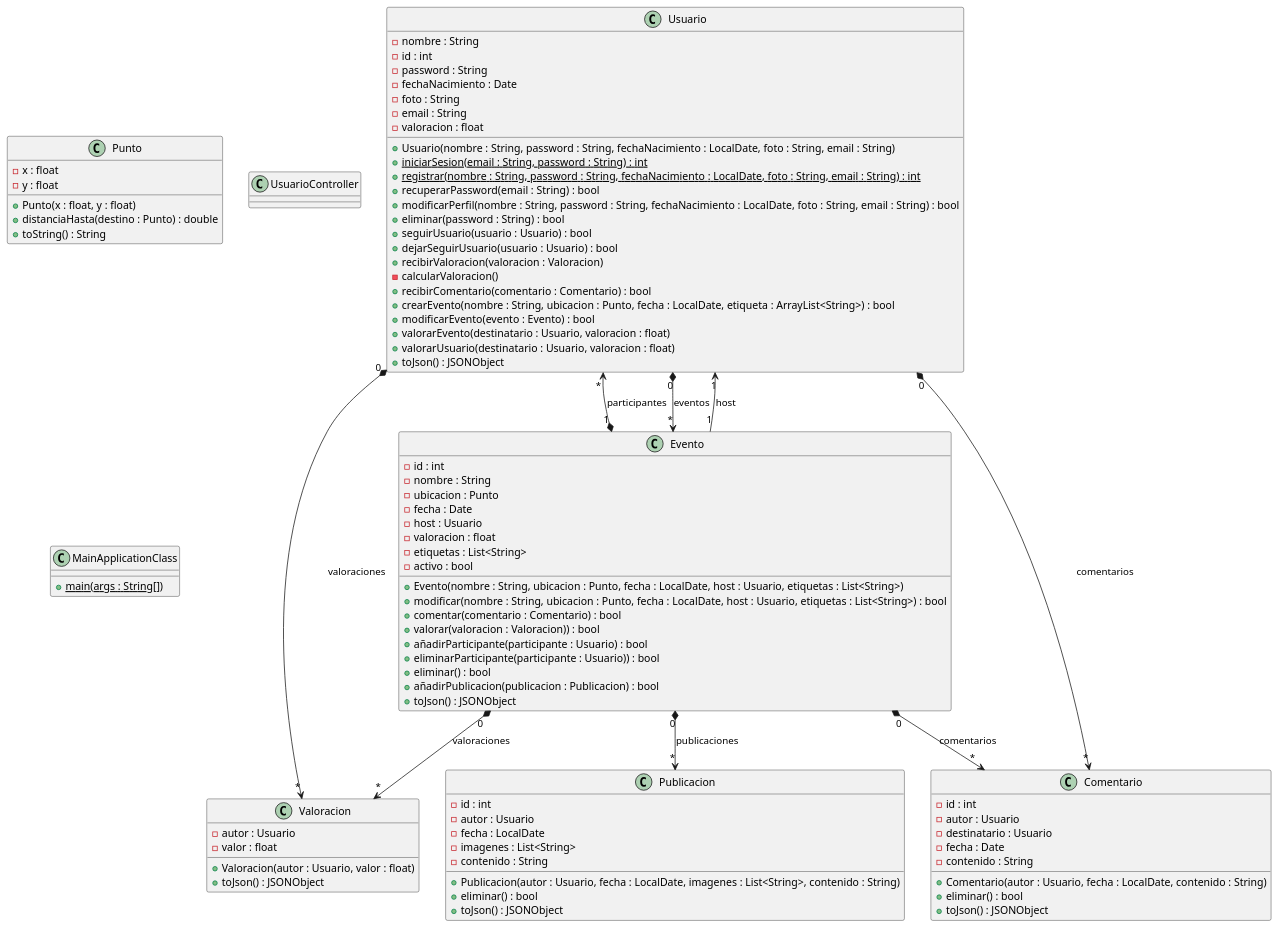
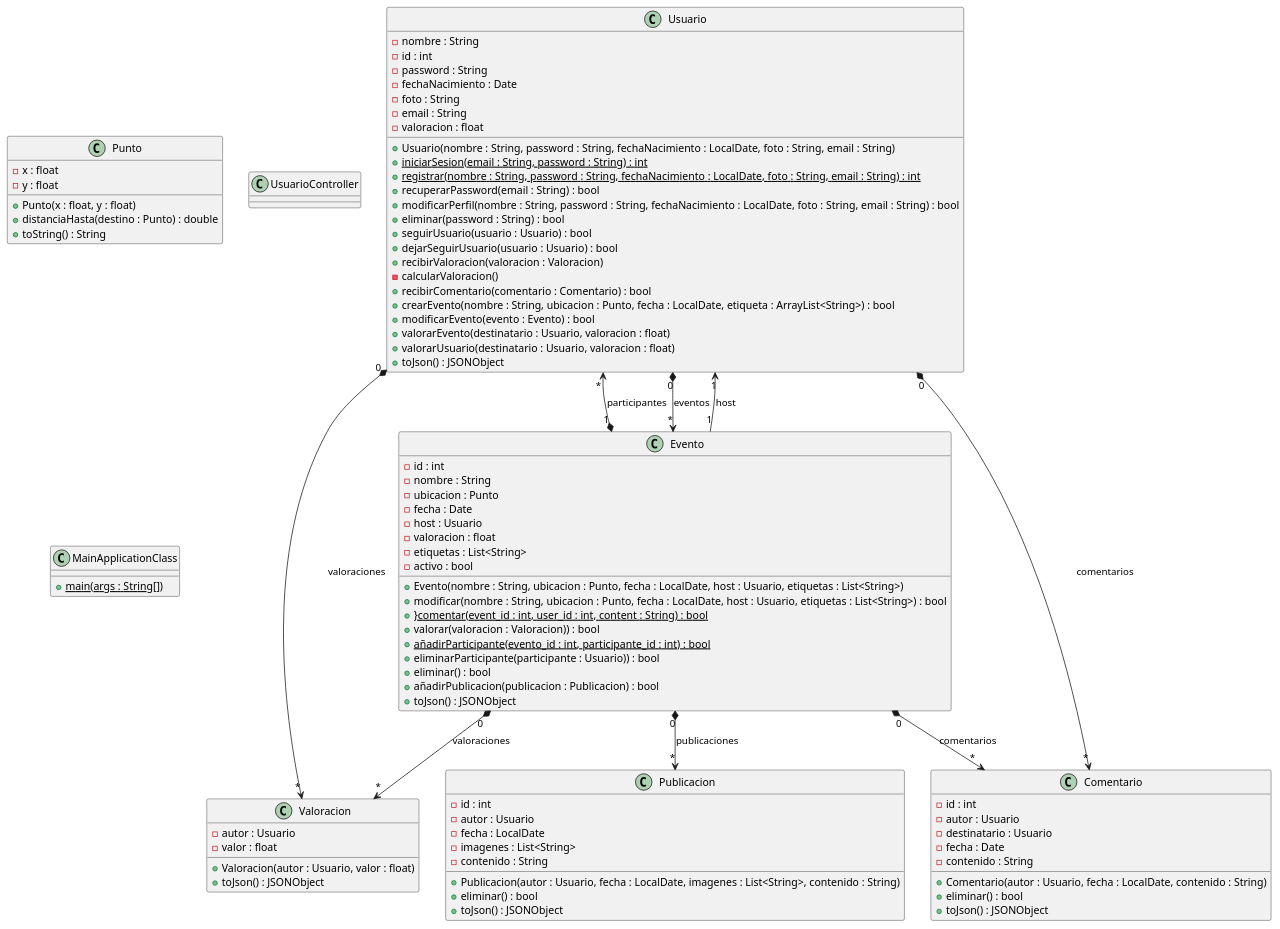
Before and after one commit to prieetoo/FindMyParty: the diagram in backend/Diagramas/Diagrama clases.puml, drawn with PlantUML. The commit also changed 3 other files, not shown here.

Commit message:
Comentar evento hecho

```diff
--- a/backend/Diagramas/Diagrama clases.puml
+++ b/backend/Diagramas/Diagrama clases.puml
@@ -1,101 +1,101 @@
 @startuml
 class Usuario {
   - nombre : String
   - id : int
   - password : String
   - fechaNacimiento : Date
   - foto : String
   - email : String
   - valoracion : float
   + Usuario(nombre : String, password : String, fechaNacimiento : LocalDate, foto : String, email : String)
   + {static} iniciarSesion(email : String, password : String) : int
   + {static} registrar(nombre : String, password : String, fechaNacimiento : LocalDate, foto : String, email : String) : int
   + recuperarPassword(email : String) : bool
   + modificarPerfil(nombre : String, password : String, fechaNacimiento : LocalDate, foto : String, email : String) : bool
   + eliminar(password : String) : bool
   + seguirUsuario(usuario : Usuario) : bool
   + dejarSeguirUsuario(usuario : Usuario) : bool
   + recibirValoracion(valoracion : Valoracion)
   - calcularValoracion()
   + recibirComentario(comentario : Comentario) : bool
   + crearEvento(nombre : String, ubicacion : Punto, fecha : LocalDate, etiqueta : ArrayList<String>) : bool
   + modificarEvento(evento : Evento) : bool
   + valorarEvento(destinatario : Usuario, valoracion : float)
   + valorarUsuario(destinatario : Usuario, valoracion : float)
   + toJson() : JSONObject
 }
 
 class Evento {
   - id : int
   - nombre : String
   - ubicacion : Punto
   - fecha : Date
   - host : Usuario
   - valoracion : float
   - etiquetas : List<String>
   - activo : bool
   + Evento(nombre : String, ubicacion : Punto, fecha : LocalDate, host : Usuario, etiquetas : List<String>)
   + modificar(nombre : String, ubicacion : Punto, fecha : LocalDate, host : Usuario, etiquetas : List<String>) : bool
-  + comentar(comentario : Comentario) : bool
+  + {static} }comentar(event_id : int, user_id : int, content : String) : bool
   + valorar(valoracion : Valoracion)) : bool
-  + añadirParticipante(participante : Usuario) : bool
+  + {static} añadirParticipante(evento_id : int, participante_id : int) : bool
   + eliminarParticipante(participante : Usuario)) : bool
   + eliminar() : bool
   + añadirPublicacion(publicacion : Publicacion) : bool
   + toJson() : JSONObject
 }
 
 class Publicacion {
   - id : int
   - autor : Usuario
   - fecha : LocalDate
   - imagenes : List<String>
   - contenido : String
   + Publicacion(autor : Usuario, fecha : LocalDate, imagenes : List<String>, contenido : String)
   + eliminar() : bool
   + toJson() : JSONObject
 }
 
 class Comentario {
   - id : int
   - autor : Usuario
   - destinatario : Usuario
   - fecha : Date
   - contenido : String
   + Comentario(autor : Usuario, fecha : LocalDate, contenido : String)
   + eliminar() : bool
   + toJson() : JSONObject
 }
 
 class Valoracion {
   - autor : Usuario
   - valor : float
   + Valoracion(autor : Usuario, valor : float)
   + toJson() : JSONObject
 }
 
 class Punto {
   - x : float
   - y : float
   + Punto(x : float, y : float)
   + distanciaHasta(destino : Punto) : double
   + toString() : String
 }
 
 class UsuarioController {
 
 }
 
 class MainApplicationClass {
   + {static} main(args : String[])
 }
 
 Usuario "0" *--> "*" Evento : eventos
 Evento "1" --> "1" Usuario : host
 Evento "0" *--> "*" Publicacion : publicaciones
 Evento "1" *--> "*" Usuario : participantes
 Evento "0" *--> "*" Comentario : comentarios
 Usuario "0" *--> "*" Comentario : comentarios
 Evento "0" *--> "*" Valoracion : valoraciones
 Usuario "0" *--> "*" Valoracion : valoraciones
 @enduml
```
